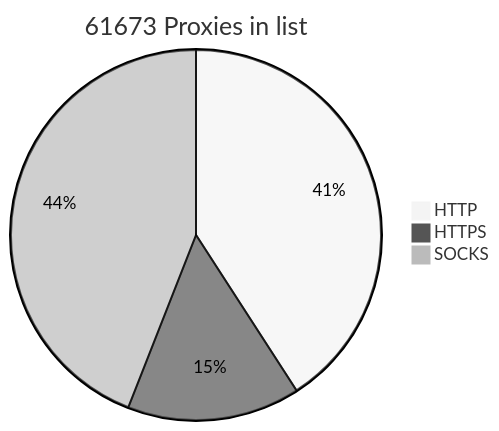
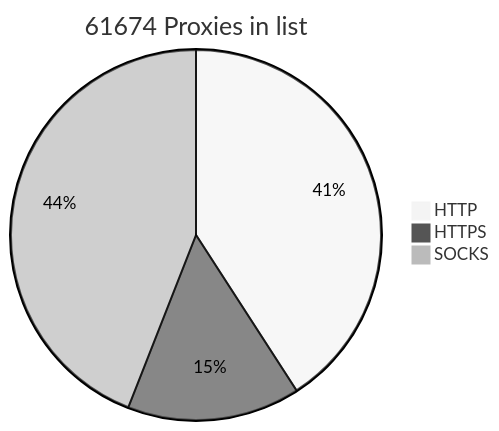
One commit to BlackSnowDot/proxylist-update-every-minute changed the diagram in README.md. Above: the diagram before and after it, drawn with Mermaid (neutral theme).

````diff
--- a/README.md
+++ b/README.md
@@ -2,6 +2,6 @@
 ```mermaid
-pie title 61673 Proxies in list
+pie title 61674 Proxies in list
     "HTTP" : 28612
     "HTTPS": 10566
-    "SOCKS" : 30837
+    "SOCKS" : 30838
 ```
````
